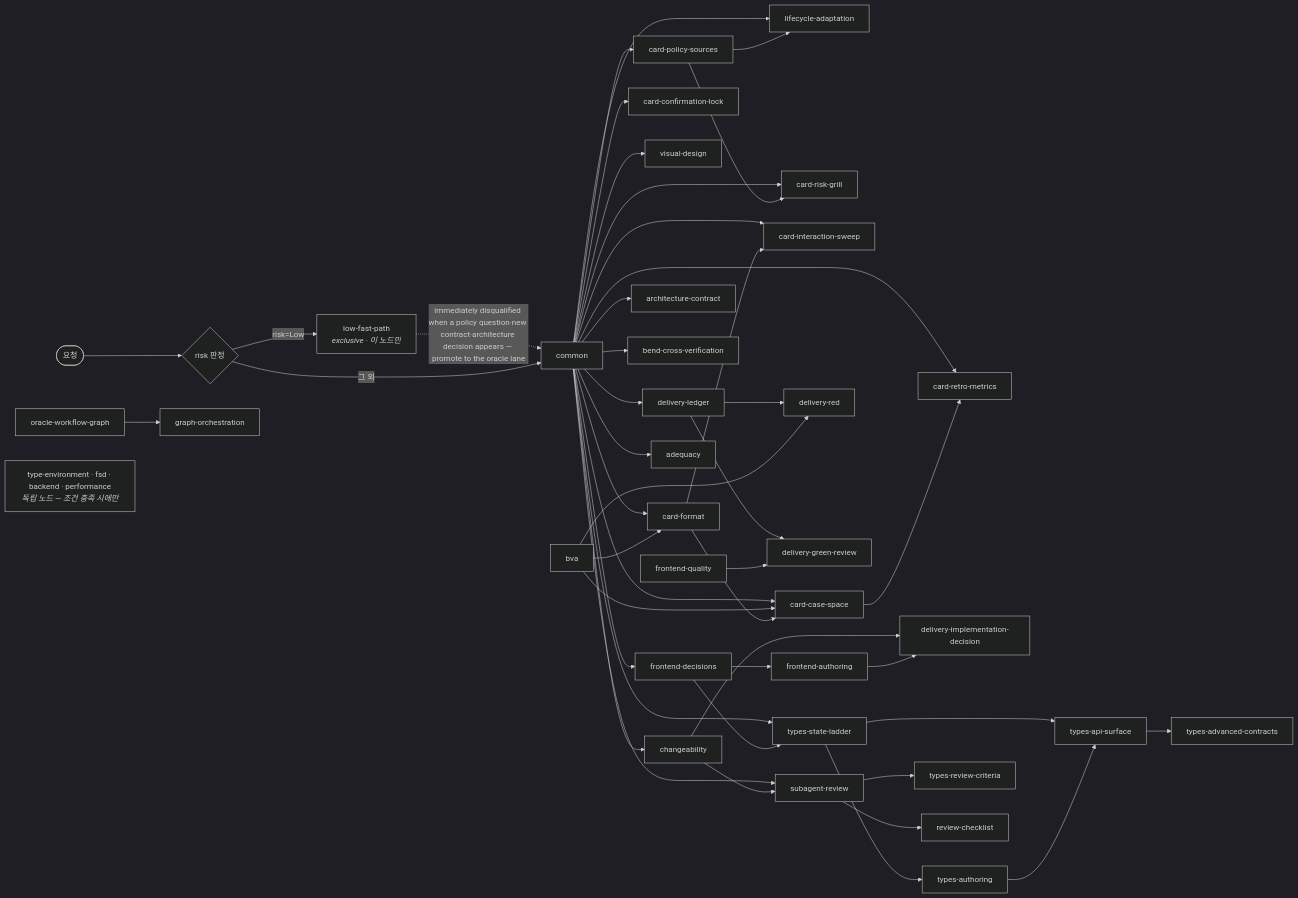
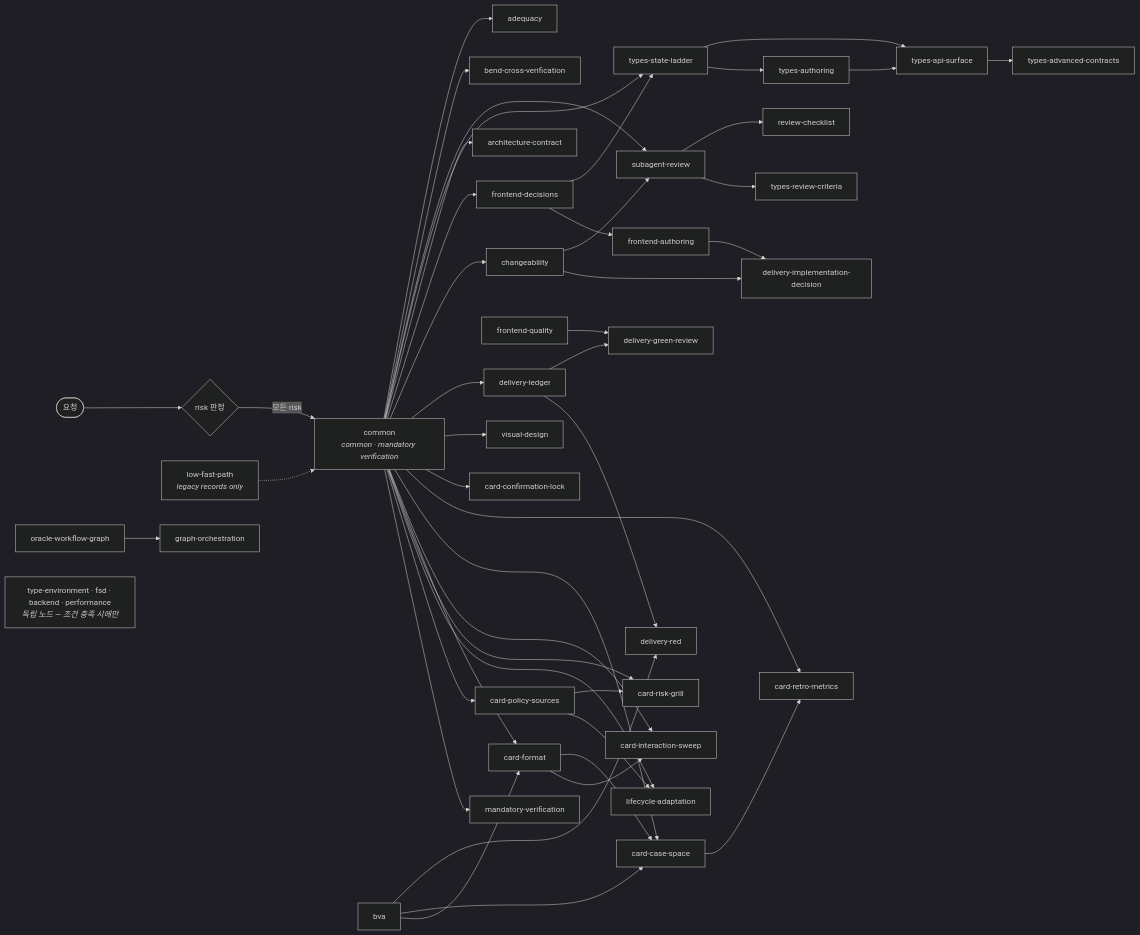
Before and after one commit to lodado/shareds: the second of 2 diagrams in packages/frontend-oracle-design/skills/README.md, drawn with Mermaid (dark theme). The commit also changed other lines of this file and 49 other files, not shown here.

Commit message:
feat(frontend-oracle-design): require complete verification stack for every risk

````diff
--- a/packages/frontend-oracle-design/skills/README.md
+++ b/packages/frontend-oracle-design/skills/README.md
@@ -144,77 +151,78 @@
 ```mermaid
 flowchart LR
   START(["요청"]) --> RISK{"risk 판정"}
-  RISK -->|"risk=Low"| low_fast_path["low-fast-path<br/><i>exclusive · 이 노드만</i>"]
-  low_fast_path -.->|"immediately disqualified when a policy question·new contract·architecture decision appears — promote to the oracle lane"| common
-  RISK -->|"그 외"| common["common"]
+  RISK -->|"모든 risk"| common["common<br/><i>common · mandatory verification</i>"]
+  LEGACY["low-fast-path<br/><i>legacy records only</i>"] -.-> common
 
+  mandatory_verification["mandatory-verification"]
   card_policy_sources["card-policy-sources"]
   lifecycle_adaptation["lifecycle-adaptation"]
   card_risk_grill["card-risk-grill"]
   card_format["card-format"]
   card_interaction_sweep["card-interaction-sweep"]
   card_case_space["card-case-space"]
   card_retro_metrics["card-retro-metrics"]
   card_confirmation_lock["card-confirmation-lock"]
   visual_design["visual-design"]
   delivery_ledger["delivery-ledger"]
   delivery_red["delivery-red"]
   delivery_implementation_decision["delivery-implementation-decision"]
   delivery_green_review["delivery-green-review"]
   frontend_decisions["frontend-decisions"]
   frontend_authoring["frontend-authoring"]
   frontend_quality["frontend-quality"]
   architecture_contract["architecture-contract"]
   types_state_ladder["types-state-ladder"]
   types_authoring["types-authoring"]
   types_api_surface["types-api-surface"]
   types_advanced_contracts["types-advanced-contracts"]
   types_review_criteria["types-review-criteria"]
   subagent_review["subagent-review"]
   review_checklist["review-checklist"]
   graph_orchestration["graph-orchestration"]
   bend_cross_verification["bend-cross-verification"]
   oracle_workflow_graph["oracle-workflow-graph"]
 
+  common --> mandatory_verification
   common --> card_policy_sources
   common --> lifecycle_adaptation
   card_policy_sources --> lifecycle_adaptation
   common --> card_risk_grill
   card_policy_sources --> card_risk_grill
   common --> card_format
   bva --> card_format
   common --> card_interaction_sweep
   card_format --> card_interaction_sweep
   common --> card_case_space
   bva --> card_case_space
   card_format --> card_case_space
   common --> card_retro_metrics
   card_case_space --> card_retro_metrics
   common --> card_confirmation_lock
   common --> visual_design
   common --> delivery_ledger
   delivery_ledger --> delivery_red
   bva --> delivery_red
   changeability --> delivery_implementation_decision
   frontend_authoring --> delivery_implementation_decision
   delivery_ledger --> delivery_green_review
   frontend_quality --> delivery_green_review
   common --> changeability
   common --> frontend_decisions
   frontend_decisions --> frontend_authoring
   common --> architecture_contract
   common --> types_state_ladder
   frontend_decisions --> types_state_ladder
   types_state_ladder --> types_authoring
   types_state_ladder --> types_api_surface
   types_authoring --> types_api_surface
   types_api_surface --> types_advanced_contracts
   subagent_review --> types_review_criteria
   common --> subagent_review
   changeability --> subagent_review
   subagent_review --> review_checklist
   oracle_workflow_graph --> graph_orchestration
   common --> bend_cross_verification
   common --> adequacy
   IND["type-environment · fsd · backend · performance<br/><i>독립 노드 — 조건 충족 시에만</i>"]
 ```
````
